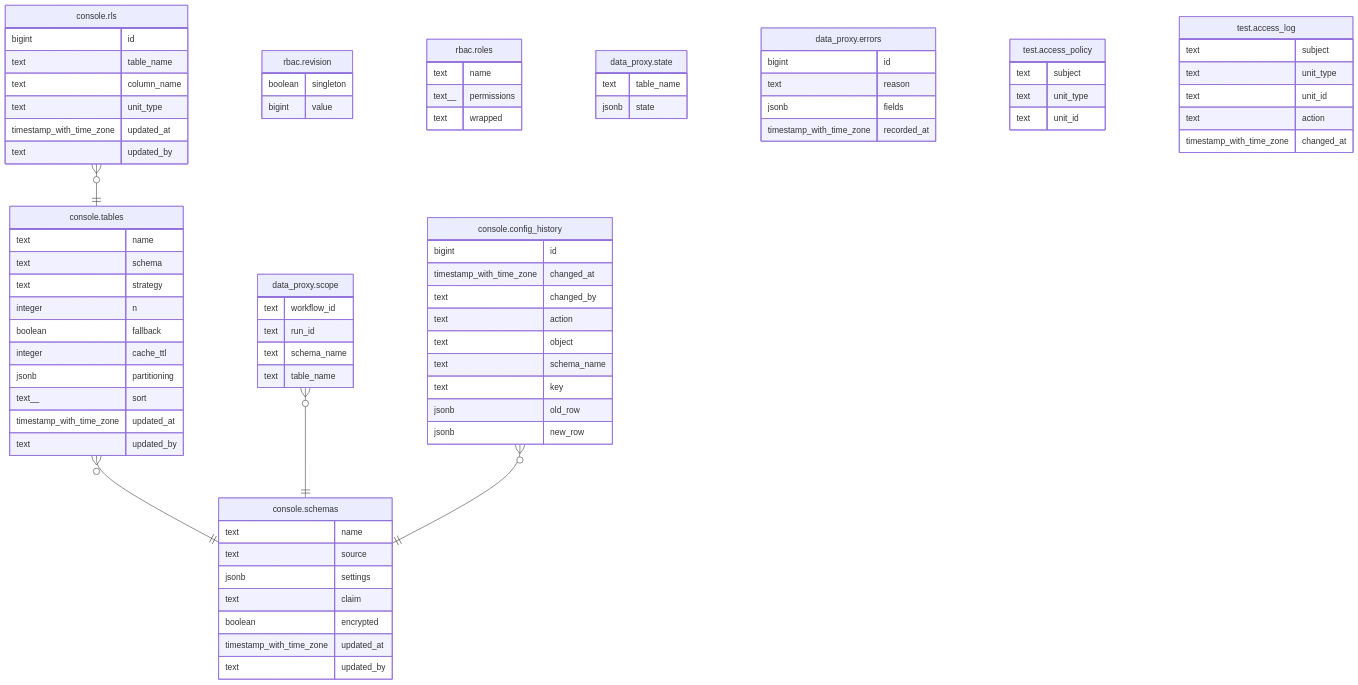
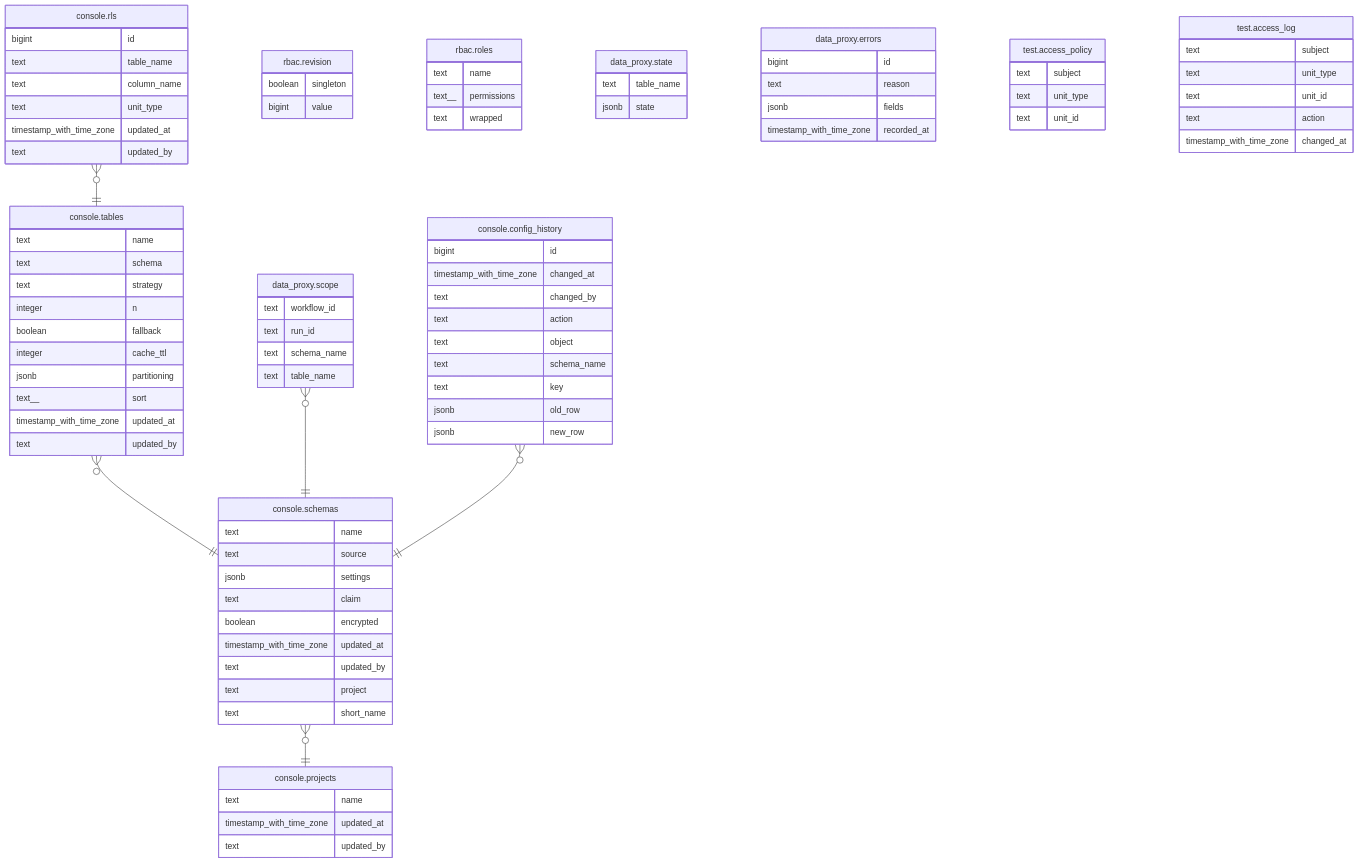
Before and after one commit to prefeitura-rio/data-proxy: the second of 4 diagrams in docs/model.md, drawn with Mermaid. The commit also changed other lines of this file and 38 other files, not shown here.

First line of the commit message:
feat(console): add projects above schemas

```diff
--- a/docs/model.md
+++ b/docs/model.md
@@ -283,6 +291,7 @@
 %% Application database tables
 erDiagram
 
+"console.schemas" }o--|| "console.projects" : ""
 "console.tables" }o--|| "console.schemas" : ""
 "console.rls" }o--|| "console.tables" : ""
 "data_proxy.scope" }o--|| "console.schemas" : ""
@@ -321,6 +330,8 @@
   boolean encrypted
   timestamp_with_time_zone updated_at
   text updated_by
+  text project
+  text short_name
 }
 "console.tables" {
   text name
@@ -353,6 +364,11 @@
   jsonb old_row
   jsonb new_row
 }
+"console.projects" {
+  text name
+  timestamp_with_time_zone updated_at
+  text updated_by
+}
 "test.access_policy" {
   text subject
   text unit_type
```
